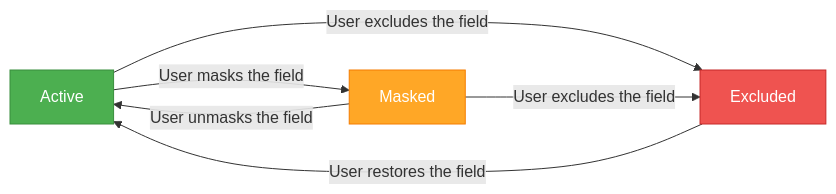
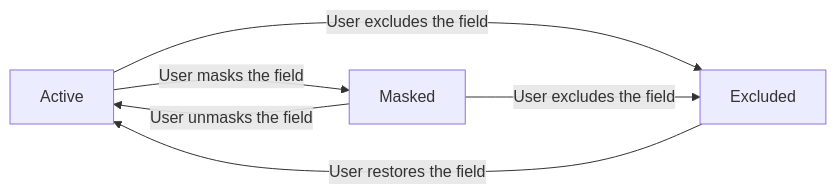
One commit to Qualytics/userguide changed the first of 2 diagrams in docs/fields/field-status/concepts/field-status-lifecycle.md. Above: the diagram before and after it, drawn with Mermaid. The commit also changed other lines of this file and 89 other files, not shown here.

````diff
--- a/docs/fields/field-status/concepts/field-status-lifecycle.md
+++ b/docs/fields/field-status/concepts/field-status-lifecycle.md
@@ -9,13 +9,9 @@
 ```mermaid
 flowchart LR
     Active -- User masks the field --> Masked
     Masked -- User unmasks the field --> Active
 
     Active -- User excludes the field --> Excluded
     Masked -- User excludes the field --> Excluded
     Excluded -- User restores the field --> Active
-
-    style Active fill:#4CAF50,color:#fff,stroke:#388E3C
-    style Masked fill:#FFA726,color:#fff,stroke:#F57C00
-    style Excluded fill:#EF5350,color:#fff,stroke:#C62828
 ```
````
